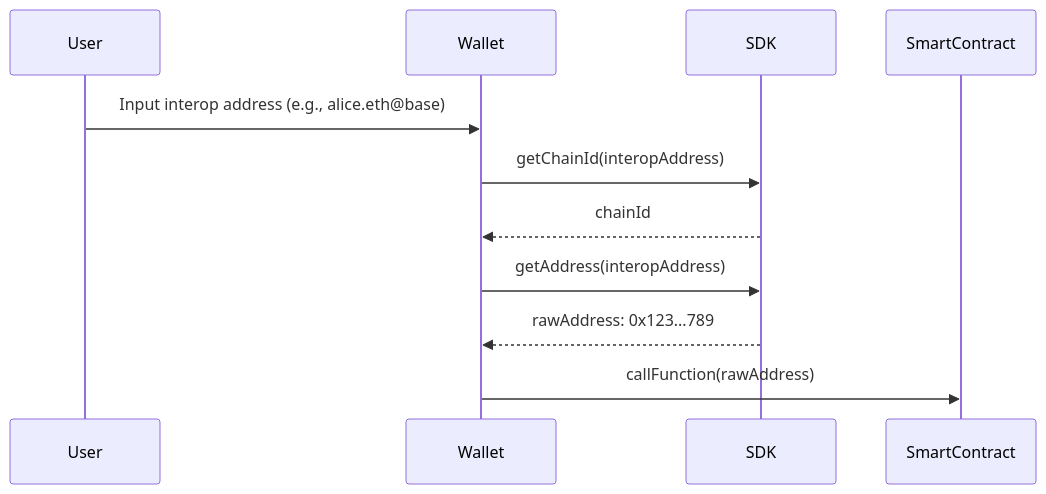
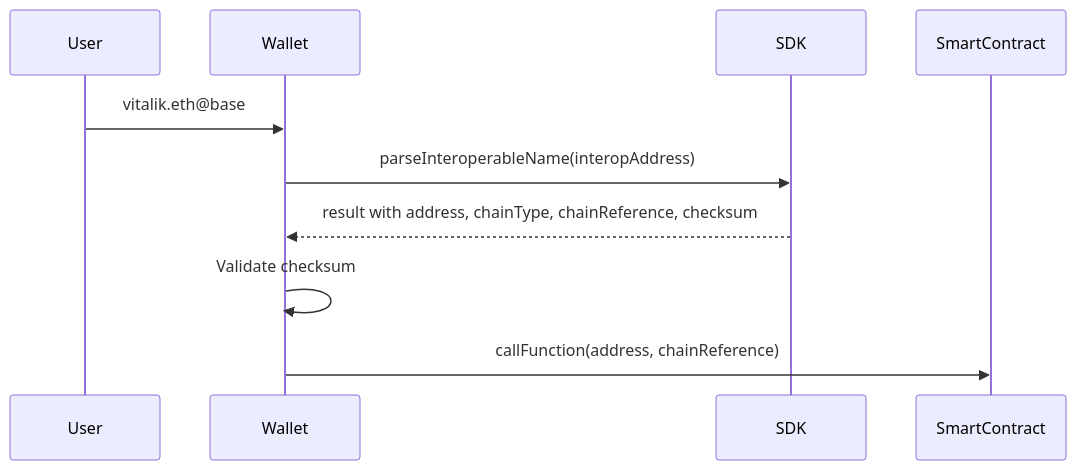
The diagram in apps/docs/docs/addresses/example.md (defi-wonderland/interop-sdk), drawn with Mermaid before and after one commit. The commit also changed other lines of this file and 16 other files, not shown here.

````diff
--- a/apps/docs/docs/addresses/example.md
+++ b/apps/docs/docs/addresses/example.md
@@ -21,14 +21,13 @@
 ```mermaid
 sequenceDiagram
     participant User
     participant Wallet
     participant SDK
     participant SmartContract
 
-    User->>Wallet: Input interop address (e.g., alice.eth@base)
-    Wallet->>SDK: getChainId(interopAddress)
-    SDK-->>Wallet: chainId
-    Wallet->>SDK: getAddress(interopAddress)
-    SDK-->>Wallet: rawAddress: 0x123...789
-    Wallet->>SmartContract: callFunction(rawAddress)
+    User->>Wallet: vitalik.eth@base#4CA88C9C
+    Wallet->>SDK: parseInteroperableName(interopAddress)
+    SDK-->>Wallet: result with address, chainType, chainReference, checksum
+    Wallet->>Wallet: Validate checksum
+    Wallet->>SmartContract: callFunction(address, chainReference)
 ```
````
